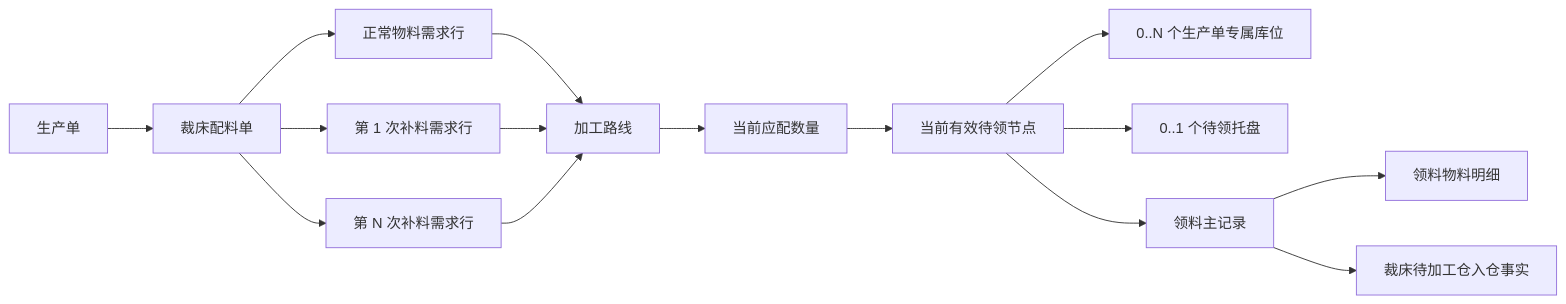
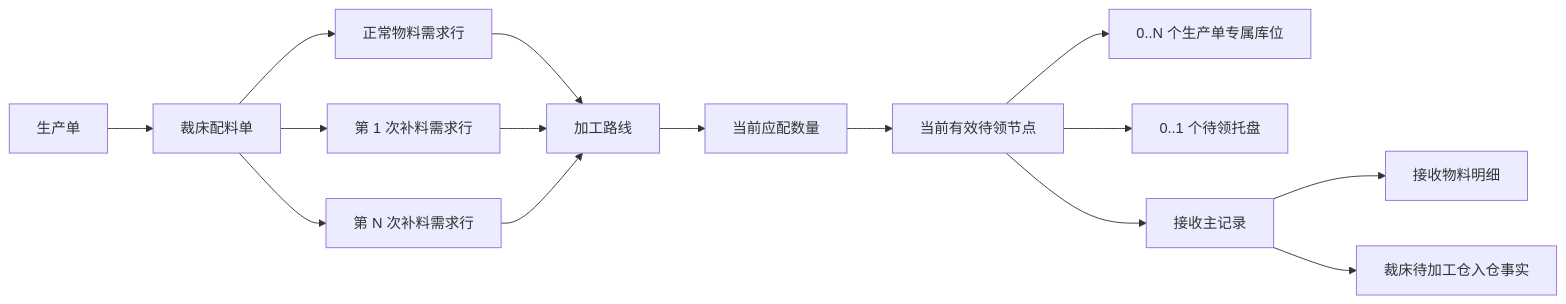
The first of 2 diagrams in docs/superpowers/specs/2026-07-30-pickup-management-three-list-design.md (laoertongxue/higoods), drawn with Mermaid before and after one commit. The commit also changed other lines of this file and 312 other files, not shown here.

````diff
--- a/docs/superpowers/specs/2026-07-30-pickup-management-three-list-design.md
+++ b/docs/superpowers/specs/2026-07-30-pickup-management-three-list-design.md
@@ -121,19 +121,19 @@
 ```mermaid
 flowchart LR
   PO["生产单"] --> MPO["裁床配料单"]
   MPO --> NML["正常物料需求行"]
   MPO --> SML1["第 1 次补料需求行"]
   MPO --> SMLN["第 N 次补料需求行"]
 
   NML --> PR["加工路线"]
   SML1 --> PR
   SMLN --> PR
 
   PR --> RQ["当前应配数量"]
   RQ --> PN["当前有效待领节点"]
   PN --> LOC["0..N 个生产单专属库位"]
   PN --> PALLET["0..1 个待领托盘"]
-  PN --> PICK["领料主记录"]
-  PICK --> PI["领料物料明细"]
+  PN --> PICK["接收主记录"]
+  PICK --> PI["接收物料明细"]
   PICK --> IN["裁床待加工仓入仓事实"]
 ```
````
